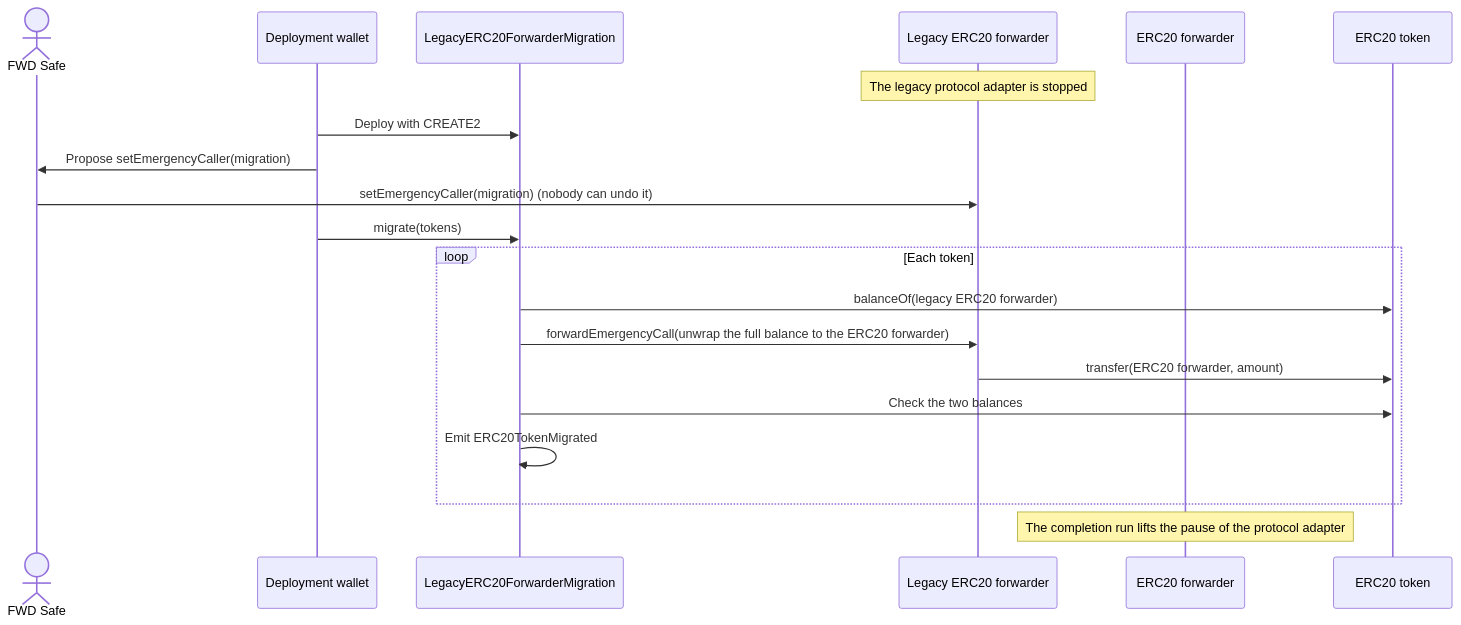
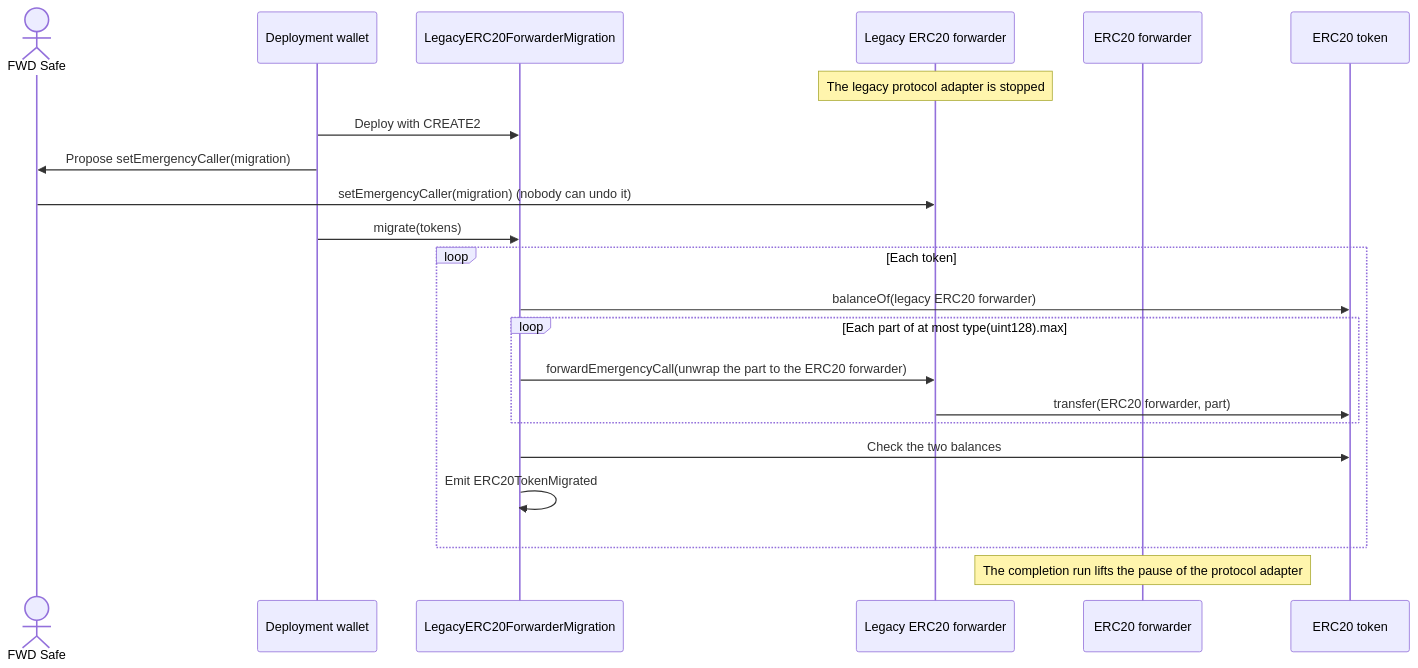
The second of 2 diagrams in docs/01-asset-migration.md (anoma/anomapay-erc20-forwarder), drawn with Mermaid before and after one commit. The commit also changed other lines of this file, not shown here.

Commit message:
docs: move legacy forwarder balances above uint128 in several calls

````diff
--- a/docs/01-asset-migration.md
+++ b/docs/01-asset-migration.md
@@ -104,23 +104,25 @@
 ```mermaid
 sequenceDiagram
     actor FWDSafe as FWD Safe
     participant Wallet as Deployment wallet
     participant Migration as LegacyERC20ForwarderMigration
     participant LegacyFwd as Legacy ERC20 forwarder
     participant Fwd as ERC20 forwarder
     participant Token as ERC20 token
 
     Note over LegacyFwd: The legacy protocol adapter is stopped
     Wallet->>Migration: Deploy with CREATE2
     Wallet->>FWDSafe: Propose setEmergencyCaller(migration)
     FWDSafe->>LegacyFwd: setEmergencyCaller(migration) (nobody can undo it)
     Wallet->>Migration: migrate(tokens)
     loop Each token
         Migration->>Token: balanceOf(legacy ERC20 forwarder)
-        Migration->>LegacyFwd: forwardEmergencyCall(unwrap the full balance to the ERC20 forwarder)
-        LegacyFwd->>Token: transfer(ERC20 forwarder, amount)
+        loop Each part of at most type(uint128).max
+            Migration->>LegacyFwd: forwardEmergencyCall(unwrap the part to the ERC20 forwarder)
+            LegacyFwd->>Token: transfer(ERC20 forwarder, part)
+        end
         Migration->>Token: Check the two balances
         Migration->>Migration: Emit ERC20TokenMigrated
     end
     Note over Fwd: The completion run lifts the pause of the protocol adapter
 ```
````
